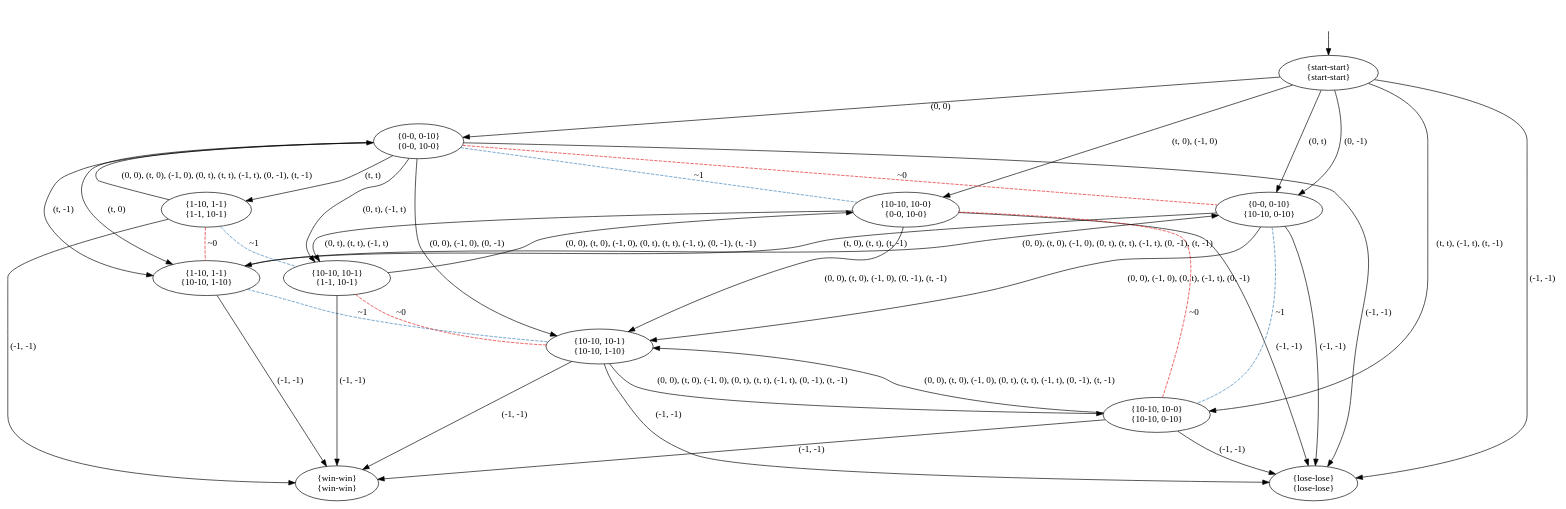
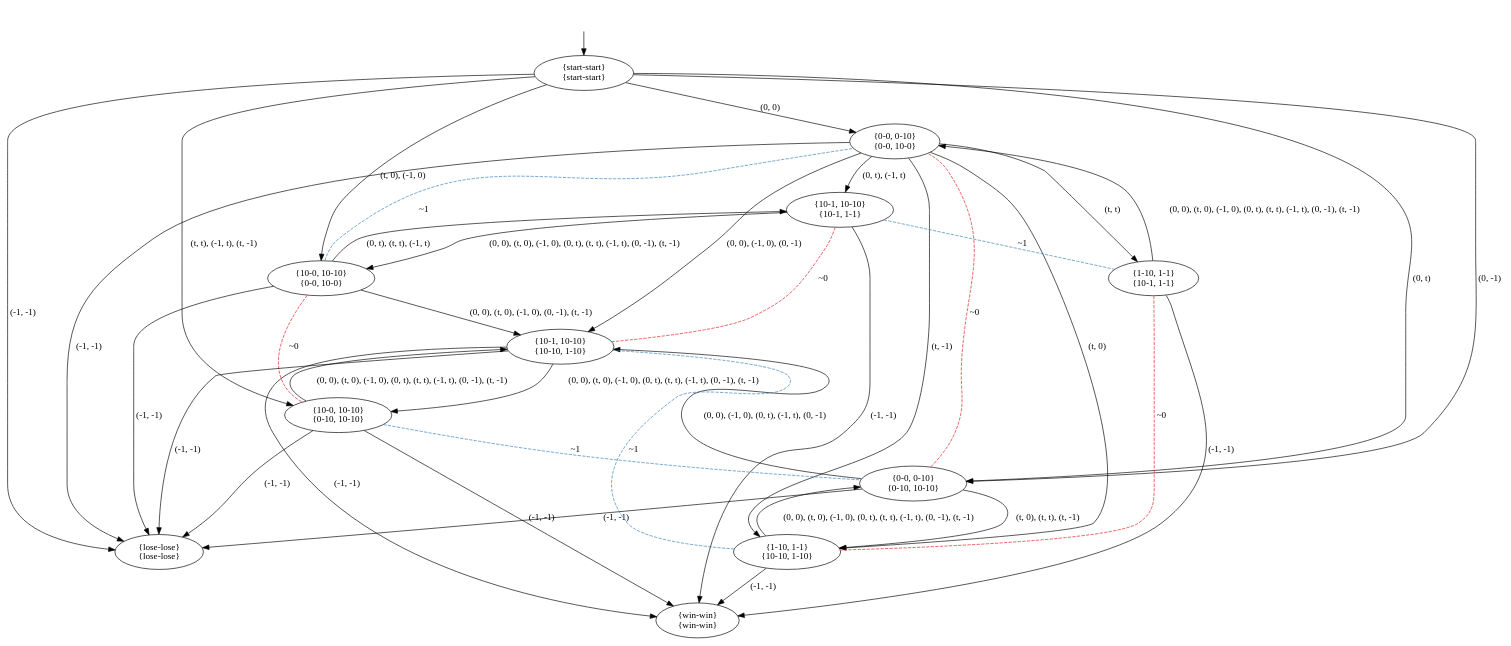
One commit to olandr/mkbsc changed the diagram in pictures/memory_GK2.dot. Above: the diagram before and after it, drawn with Graphviz. The commit also changed 8 other files, not shown here.

```diff
--- a/pictures/memory_GK2.dot
+++ b/pictures/memory_GK2.dot
@@ -1,57 +1,57 @@
 digraph  {
 concentrate=False;
 nodesep=0.5;
 ranksep=0.5;
 splines=True;
-140577457445744 [label="{start-start}\n{start-start}"];
-140577457446024 [label="{0-0, 0-10}\n{0-0, 10-0}"];
-140577457443952 [label="{10-10, 10-0}\n{0-0, 10-0}"];
-140577457444736 [label="{0-0, 0-10}\n{10-10, 0-10}"];
-140577457445632 [label="{10-10, 10-0}\n{10-10, 0-10}"];
-140577457444456 [label="{lose-lose}\n{lose-lose}"];
-140577457444960 [label="{10-10, 10-1}\n{10-10, 1-10}"];
-140577457444904 [label="{1-10, 1-1}\n{10-10, 1-10}"];
-140577457444176 [label="{10-10, 10-1}\n{1-1, 10-1}"];
-140577457443728 [label="{1-10, 1-1}\n{1-1, 10-1}"];
-140577457210480 [label="{win-win}\n{win-win}"];
+139993769306936 [label="{start-start}\n{start-start}"];
+139993769307216 [label="{0-0, 0-10}\n{0-0, 10-0}"];
+139993769305144 [label="{10-0, 10-10}\n{0-0, 10-0}"];
+139993769305928 [label="{0-0, 0-10}\n{0-10, 10-10}"];
+139993769306824 [label="{10-0, 10-10}\n{0-10, 10-10}"];
+139993769305648 [label="{lose-lose}\n{lose-lose}"];
+139993769306152 [label="{10-1, 10-10}\n{10-10, 1-10}"];
+139993769306096 [label="{1-10, 1-1}\n{10-10, 1-10}"];
+139993769305368 [label="{10-1, 10-10}\n{10-1, 1-1}"];
+139993769304920 [label="{1-10, 1-1}\n{10-1, 1-1}"];
+139993769033968 [label="{win-win}\n{win-win}"];
 hidden [label="", shape=none];
-140577457445744 -> 140577457446024  [action="('0', '0')", key="('0', '0')", label="(0, 0)"];
-140577457445744 -> 140577457444736  [action="('0', 't')", key="('0', 't')", label="(0, t)"];
-140577457445744 -> 140577457444736  [action="('0', '-1')", key="('0', '-1')", label="(0, -1)"];
-140577457445744 -> 140577457444456  [action="('-1', '-1')", key="('-1', '-1')", label="(-1, -1)"];
-140577457445744 -> 140577457443952  [action="(('t', '0'), ('-1', '0'))", key="(('t', '0'), ('-1', '0'))", label="(t, 0), (-1, 0)"];
-140577457445744 -> 140577457445632  [action="(('t', 't'), ('-1', 't'), ('t', '-1'))", key="(('t', 't'), ('-1', 't'), ('t', '-1'))", label="(t, t), (-1, t), (t, -1)"];
-140577457446024 -> 140577457444904  [action="('t', '0')", key="('t', '0')", label="(t, 0)"];
-140577457446024 -> 140577457444904  [action="('t', '-1')", key="('t', '-1')", label="(t, -1)"];
-140577457446024 -> 140577457443728  [action="('t', 't')", key="('t', 't')", label="(t, t)"];
-140577457446024 -> 140577457444456  [action="('-1', '-1')", key="('-1', '-1')", label="(-1, -1)"];
-140577457446024 -> 140577457444960  [action="(('0', '0'), ('-1', '0'), ('0', '-1'))", key="(('0', '0'), ('-1', '0'), ('0', '-1'))", label="(0, 0), (-1, 0), (0, -1)"];
-140577457446024 -> 140577457444176  [action="(('0', 't'), ('-1', 't'))", key="(('0', 't'), ('-1', 't'))", label="(0, t), (-1, t)"];
-140577457446024 -> 140577457444736  [arrowhead=none, color=1, colorscheme=set19, constraint=True, key=0, label="~0", style=dashed];
-140577457446024 -> 140577457443952  [arrowhead=none, color=2, colorscheme=set19, constraint=True, key=0, label="~1", style=dashed];
-140577457443952 -> 140577457444456  [action="('-1', '-1')", key="('-1', '-1')", label="(-1, -1)"];
-140577457443952 -> 140577457444960  [action="(('0', '0'), ('t', '0'), ('-1', '0'), ('0', '-1'), ('t', '-1'))", key="(('0', '0'), ('t', '0'), ('-1', '0'), ('0', '-1'), ('t', '-1'))", label="(0, 0), (t, 0), (-1, 0), (0, -1), (t, -1)"];
-140577457443952 -> 140577457444176  [action="(('0', 't'), ('t', 't'), ('-1', 't'))", key="(('0', 't'), ('t', 't'), ('-1', 't'))", label="(0, t), (t, t), (-1, t)"];
-140577457444736 -> 140577457444456  [action="('-1', '-1')", key="('-1', '-1')", label="(-1, -1)"];
-140577457444736 -> 140577457444960  [action="(('0', '0'), ('-1', '0'), ('0', 't'), ('-1', 't'), ('0', '-1'))", key="(('0', '0'), ('-1', '0'), ('0', 't'), ('-1', 't'), ('0', '-1'))", label="(0, 0), (-1, 0), (0, t), (-1, t), (0, -1)"];
-140577457444736 -> 140577457444904  [action="(('t', '0'), ('t', 't'), ('t', '-1'))", key="(('t', '0'), ('t', 't'), ('t', '-1'))", label="(t, 0), (t, t), (t, -1)"];
-140577457444736 -> 140577457445632  [arrowhead=none, color=2, colorscheme=set19, constraint=True, key=0, label="~1", style=dashed];
-140577457445632 -> 140577457210480  [action="('-1', '-1')", key="('-1', '-1')", label="(-1, -1)"];
-140577457445632 -> 140577457444456  [action="('-1', '-1')", key="('-1', '-1')", label="(-1, -1)"];
-140577457445632 -> 140577457444960  [action="(('0', '0'), ('t', '0'), ('-1', '0'), ('0', 't'), ('t', 't'), ('-1', 't'), ('0', '-1'), ('t', '-1'))", key="(('0', '0'), ('t', '0'), ('-1', '0'), ('0', 't'), ('t', 't'), ('-1', 't'), ('0', '-1'), ('t', '-1'))", label="(0, 0), (t, 0), (-1, 0), (0, t), (t, t), (-1, t), (0, -1), (t, -1)"];
-140577457445632 -> 140577457443952  [arrowhead=none, color=1, colorscheme=set19, constraint=True, key=0, label="~0", style=dashed];
-140577457444960 -> 140577457210480  [action="('-1', '-1')", key="('-1', '-1')", label="(-1, -1)"];
-140577457444960 -> 140577457444456  [action="('-1', '-1')", key="('-1', '-1')", label="(-1, -1)"];
-140577457444960 -> 140577457445632  [action="(('0', '0'), ('t', '0'), ('-1', '0'), ('0', 't'), ('t', 't'), ('-1', 't'), ('0', '-1'), ('t', '-1'))", key="(('0', '0'), ('t', '0'), ('-1', '0'), ('0', 't'), ('t', 't'), ('-1', 't'), ('0', '-1'), ('t', '-1'))", label="(0, 0), (t, 0), (-1, 0), (0, t), (t, t), (-1, t), (0, -1), (t, -1)"];
-140577457444904 -> 140577457210480  [action="('-1', '-1')", key="('-1', '-1')", label="(-1, -1)"];
-140577457444904 -> 140577457444736  [action="(('0', '0'), ('t', '0'), ('-1', '0'), ('0', 't'), ('t', 't'), ('-1', 't'), ('0', '-1'), ('t', '-1'))", key="(('0', '0'), ('t', '0'), ('-1', '0'), ('0', 't'), ('t', 't'), ('-1', 't'), ('0', '-1'), ('t', '-1'))", label="(0, 0), (t, 0), (-1, 0), (0, t), (t, t), (-1, t), (0, -1), (t, -1)"];
-140577457444904 -> 140577457444960  [arrowhead=none, color=2, colorscheme=set19, constraint=True, key=0, label="~1", style=dashed];
-140577457444176 -> 140577457210480  [action="('-1', '-1')", key="('-1', '-1')", label="(-1, -1)"];
-140577457444176 -> 140577457443952  [action="(('0', '0'), ('t', '0'), ('-1', '0'), ('0', 't'), ('t', 't'), ('-1', 't'), ('0', '-1'), ('t', '-1'))", key="(('0', '0'), ('t', '0'), ('-1', '0'), ('0', 't'), ('t', 't'), ('-1', 't'), ('0', '-1'), ('t', '-1'))", label="(0, 0), (t, 0), (-1, 0), (0, t), (t, t), (-1, t), (0, -1), (t, -1)"];
-140577457444176 -> 140577457444960  [arrowhead=none, color=1, colorscheme=set19, constraint=True, key=0, label="~0", style=dashed];
-140577457443728 -> 140577457210480  [action="('-1', '-1')", key="('-1', '-1')", label="(-1, -1)"];
-140577457443728 -> 140577457446024  [action="(('0', '0'), ('t', '0'), ('-1', '0'), ('0', 't'), ('t', 't'), ('-1', 't'), ('0', '-1'), ('t', '-1'))", key="(('0', '0'), ('t', '0'), ('-1', '0'), ('0', 't'), ('t', 't'), ('-1', 't'), ('0', '-1'), ('t', '-1'))", label="(0, 0), (t, 0), (-1, 0), (0, t), (t, t), (-1, t), (0, -1), (t, -1)"];
-140577457443728 -> 140577457444904  [arrowhead=none, color=1, colorscheme=set19, constraint=True, key=0, label="~0", style=dashed];
-140577457443728 -> 140577457444176  [arrowhead=none, color=2, colorscheme=set19, constraint=True, key=0, label="~1", style=dashed];
-hidden -> 140577457445744  [key=0];
+139993769306936 -> 139993769307216  [action="('0', '0')", key="('0', '0')", label="(0, 0)"];
+139993769306936 -> 139993769305928  [action="('0', 't')", key="('0', 't')", label="(0, t)"];
+139993769306936 -> 139993769305928  [action="('0', '-1')", key="('0', '-1')", label="(0, -1)"];
+139993769306936 -> 139993769305648  [action="('-1', '-1')", key="('-1', '-1')", label="(-1, -1)"];
+139993769306936 -> 139993769305144  [action="(('t', '0'), ('-1', '0'))", key="(('t', '0'), ('-1', '0'))", label="(t, 0), (-1, 0)"];
+139993769306936 -> 139993769306824  [action="(('t', 't'), ('-1', 't'), ('t', '-1'))", key="(('t', 't'), ('-1', 't'), ('t', '-1'))", label="(t, t), (-1, t), (t, -1)"];
+139993769307216 -> 139993769306096  [action="('t', '0')", key="('t', '0')", label="(t, 0)"];
+139993769307216 -> 139993769306096  [action="('t', '-1')", key="('t', '-1')", label="(t, -1)"];
+139993769307216 -> 139993769304920  [action="('t', 't')", key="('t', 't')", label="(t, t)"];
+139993769307216 -> 139993769305648  [action="('-1', '-1')", key="('-1', '-1')", label="(-1, -1)"];
+139993769307216 -> 139993769306152  [action="(('0', '0'), ('-1', '0'), ('0', '-1'))", key="(('0', '0'), ('-1', '0'), ('0', '-1'))", label="(0, 0), (-1, 0), (0, -1)"];
+139993769307216 -> 139993769305368  [action="(('0', 't'), ('-1', 't'))", key="(('0', 't'), ('-1', 't'))", label="(0, t), (-1, t)"];
+139993769305144 -> 139993769305648  [action="('-1', '-1')", key="('-1', '-1')", label="(-1, -1)"];
+139993769305144 -> 139993769306152  [action="(('0', '0'), ('t', '0'), ('-1', '0'), ('0', '-1'), ('t', '-1'))", key="(('0', '0'), ('t', '0'), ('-1', '0'), ('0', '-1'), ('t', '-1'))", label="(0, 0), (t, 0), (-1, 0), (0, -1), (t, -1)"];
+139993769305144 -> 139993769305368  [action="(('0', 't'), ('t', 't'), ('-1', 't'))", key="(('0', 't'), ('t', 't'), ('-1', 't'))", label="(0, t), (t, t), (-1, t)"];
+139993769305144 -> 139993769306824  [arrowhead=none, color=1, colorscheme=set19, constraint=True, key=0, label="~0", style=dashed];
+139993769305144 -> 139993769307216  [arrowhead=none, color=2, colorscheme=set19, constraint=True, key=0, label="~1", style=dashed];
+139993769305928 -> 139993769305648  [action="('-1', '-1')", key="('-1', '-1')", label="(-1, -1)"];
+139993769305928 -> 139993769306152  [action="(('0', '0'), ('-1', '0'), ('0', 't'), ('-1', 't'), ('0', '-1'))", key="(('0', '0'), ('-1', '0'), ('0', 't'), ('-1', 't'), ('0', '-1'))", label="(0, 0), (-1, 0), (0, t), (-1, t), (0, -1)"];
+139993769305928 -> 139993769306096  [action="(('t', '0'), ('t', 't'), ('t', '-1'))", key="(('t', '0'), ('t', 't'), ('t', '-1'))", label="(t, 0), (t, t), (t, -1)"];
+139993769305928 -> 139993769307216  [arrowhead=none, color=1, colorscheme=set19, constraint=True, key=0, label="~0", style=dashed];
+139993769306824 -> 139993769305648  [action="('-1', '-1')", key="('-1', '-1')", label="(-1, -1)"];
+139993769306824 -> 139993769033968  [action="('-1', '-1')", key="('-1', '-1')", label="(-1, -1)"];
+139993769306824 -> 139993769306152  [action="(('0', '0'), ('t', '0'), ('-1', '0'), ('0', 't'), ('t', 't'), ('-1', 't'), ('0', '-1'), ('t', '-1'))", key="(('0', '0'), ('t', '0'), ('-1', '0'), ('0', 't'), ('t', 't'), ('-1', 't'), ('0', '-1'), ('t', '-1'))", label="(0, 0), (t, 0), (-1, 0), (0, t), (t, t), (-1, t), (0, -1), (t, -1)"];
+139993769306824 -> 139993769305928  [arrowhead=none, color=2, colorscheme=set19, constraint=True, key=0, label="~1", style=dashed];
+139993769306152 -> 139993769305648  [action="('-1', '-1')", key="('-1', '-1')", label="(-1, -1)"];
+139993769306152 -> 139993769033968  [action="('-1', '-1')", key="('-1', '-1')", label="(-1, -1)"];
+139993769306152 -> 139993769306824  [action="(('0', '0'), ('t', '0'), ('-1', '0'), ('0', 't'), ('t', 't'), ('-1', 't'), ('0', '-1'), ('t', '-1'))", key="(('0', '0'), ('t', '0'), ('-1', '0'), ('0', 't'), ('t', 't'), ('-1', 't'), ('0', '-1'), ('t', '-1'))", label="(0, 0), (t, 0), (-1, 0), (0, t), (t, t), (-1, t), (0, -1), (t, -1)"];
+139993769306152 -> 139993769306096  [arrowhead=none, color=2, colorscheme=set19, constraint=True, key=0, label="~1", style=dashed];
+139993769306096 -> 139993769033968  [action="('-1', '-1')", key="('-1', '-1')", label="(-1, -1)"];
+139993769306096 -> 139993769305928  [action="(('0', '0'), ('t', '0'), ('-1', '0'), ('0', 't'), ('t', 't'), ('-1', 't'), ('0', '-1'), ('t', '-1'))", key="(('0', '0'), ('t', '0'), ('-1', '0'), ('0', 't'), ('t', 't'), ('-1', 't'), ('0', '-1'), ('t', '-1'))", label="(0, 0), (t, 0), (-1, 0), (0, t), (t, t), (-1, t), (0, -1), (t, -1)"];
+139993769305368 -> 139993769033968  [action="('-1', '-1')", key="('-1', '-1')", label="(-1, -1)"];
+139993769305368 -> 139993769305144  [action="(('0', '0'), ('t', '0'), ('-1', '0'), ('0', 't'), ('t', 't'), ('-1', 't'), ('0', '-1'), ('t', '-1'))", key="(('0', '0'), ('t', '0'), ('-1', '0'), ('0', 't'), ('t', 't'), ('-1', 't'), ('0', '-1'), ('t', '-1'))", label="(0, 0), (t, 0), (-1, 0), (0, t), (t, t), (-1, t), (0, -1), (t, -1)"];
+139993769305368 -> 139993769306152  [arrowhead=none, color=1, colorscheme=set19, constraint=True, key=0, label="~0", style=dashed];
+139993769305368 -> 139993769304920  [arrowhead=none, color=2, colorscheme=set19, constraint=True, key=0, label="~1", style=dashed];
+139993769304920 -> 139993769033968  [action="('-1', '-1')", key="('-1', '-1')", label="(-1, -1)"];
+139993769304920 -> 139993769307216  [action="(('0', '0'), ('t', '0'), ('-1', '0'), ('0', 't'), ('t', 't'), ('-1', 't'), ('0', '-1'), ('t', '-1'))", key="(('0', '0'), ('t', '0'), ('-1', '0'), ('0', 't'), ('t', 't'), ('-1', 't'), ('0', '-1'), ('t', '-1'))", label="(0, 0), (t, 0), (-1, 0), (0, t), (t, t), (-1, t), (0, -1), (t, -1)"];
+139993769304920 -> 139993769306096  [arrowhead=none, color=1, colorscheme=set19, constraint=True, key=0, label="~0", style=dashed];
+hidden -> 139993769306936  [key=0];
 }
```
